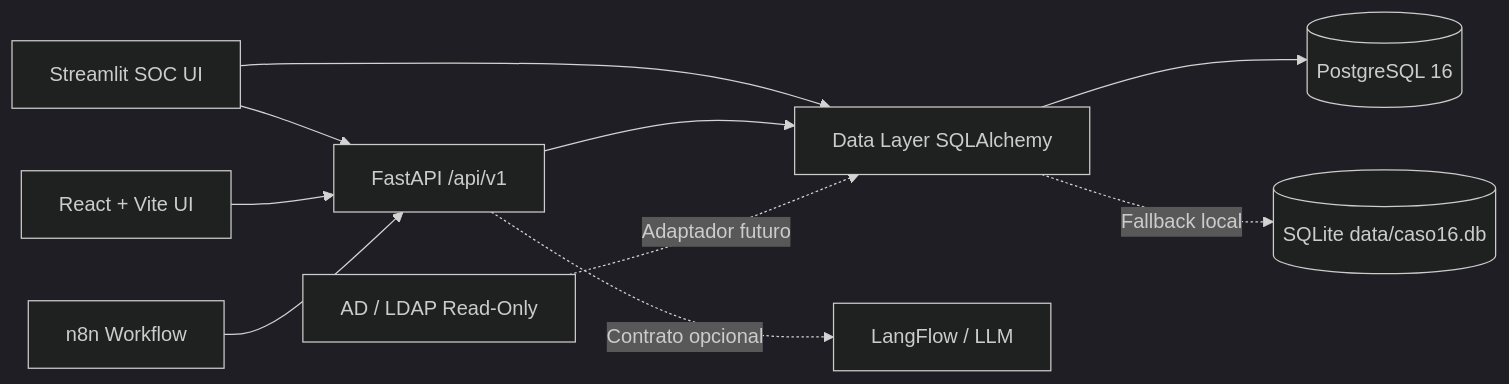
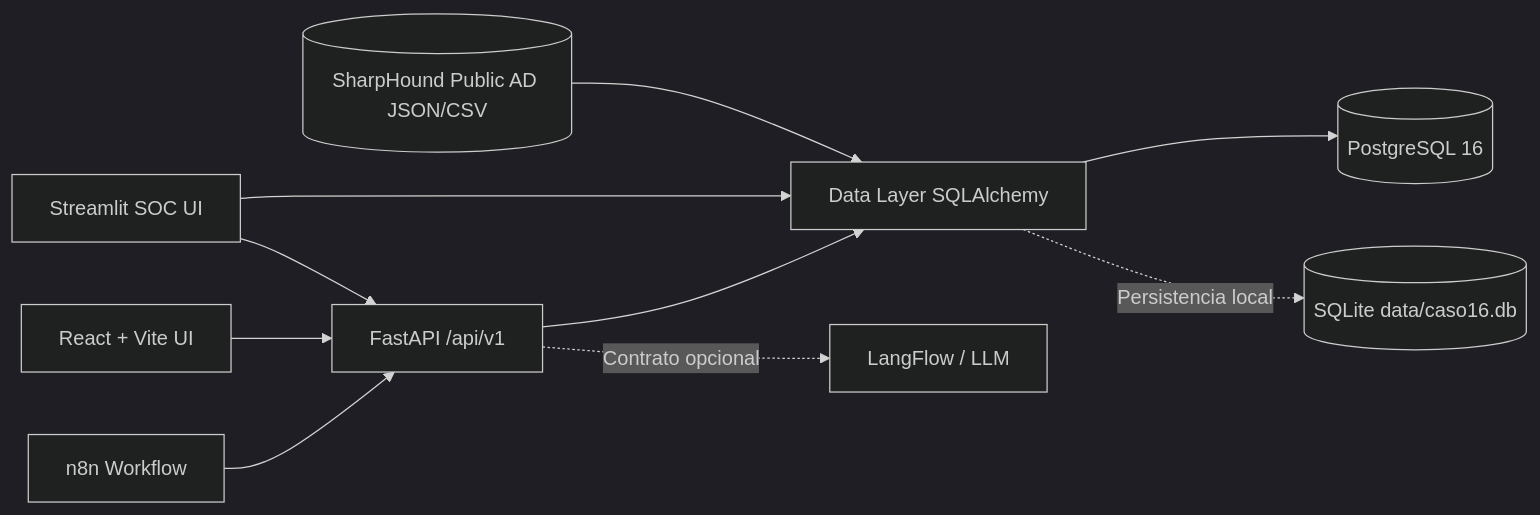
The diagram in README.md (Prolexis/caso16-identity-risk-ai), drawn with Mermaid (dark theme) before and after one commit. The commit also changed other lines of this file and 15 other files, not shown here.

Commit message:
feat: integrate SharpHound/BloodHound public AD dataset (113 accounts, 269 real findings)

````diff
--- a/README.md
+++ b/README.md
@@ -48,12 +81,12 @@
 ```mermaid
 flowchart LR
+  DS[(SharpHound Public AD JSON/CSV)] --> DL[Data Layer SQLAlchemy]
   UI[Streamlit SOC UI] --> API[FastAPI /api/v1]
   REACT[React + Vite UI] --> API
-  UI --> DL[Data Layer SQLAlchemy]
+  UI --> DL
   API --> DL
   DL --> PG[(PostgreSQL 16)]
-  DL -. Fallback local .-> SQLITE[(SQLite data/caso16.db)]
+  DL -. Persistencia local .-> SQLITE[(SQLite data/caso16.db)]
   N8N[n8n Workflow] --> API
   API -. Contrato opcional .-> LF[LangFlow / LLM]
-  AD[AD / LDAP Read-Only] -. Adaptador futuro .-> DL
 ```
````
